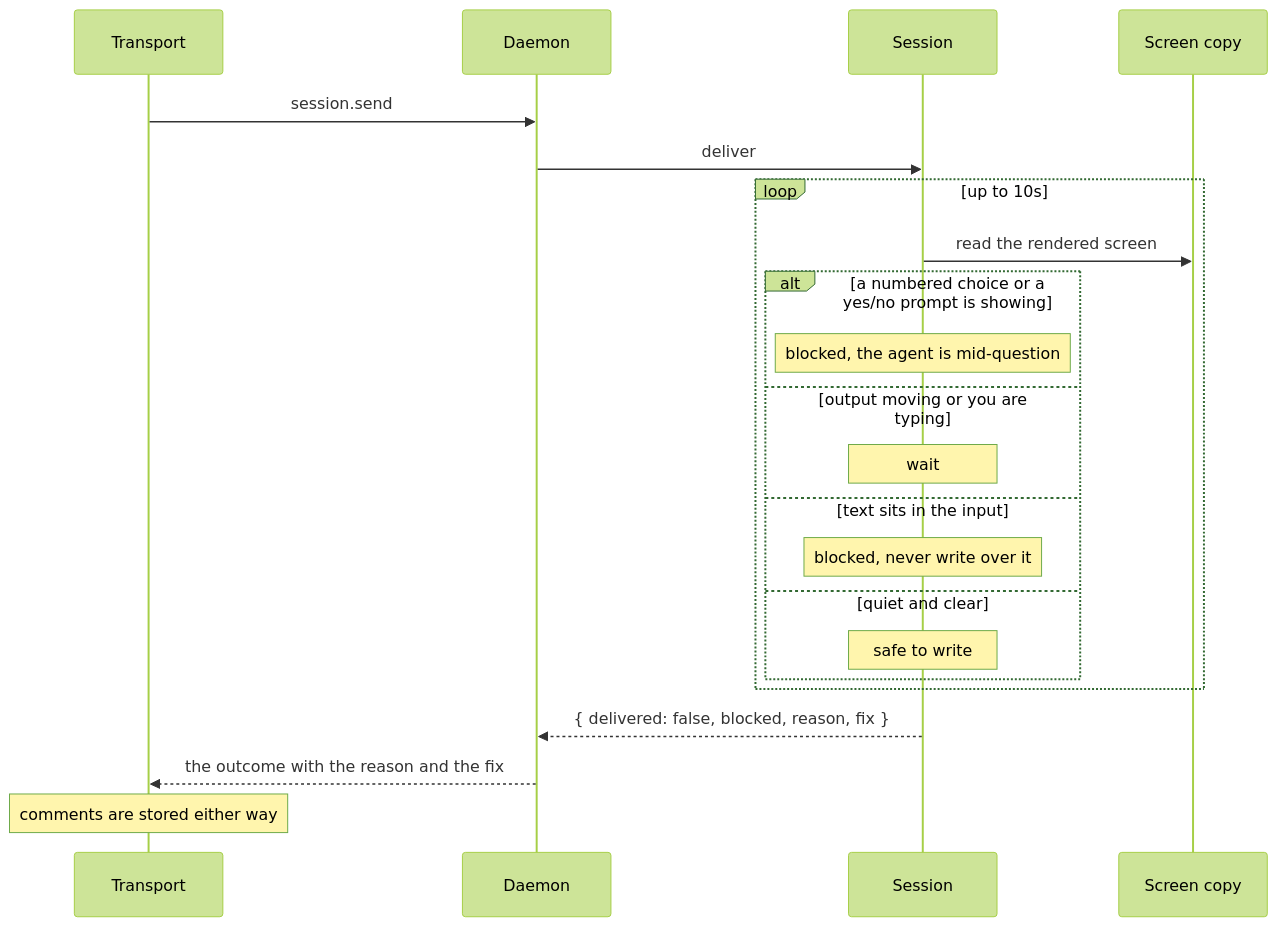
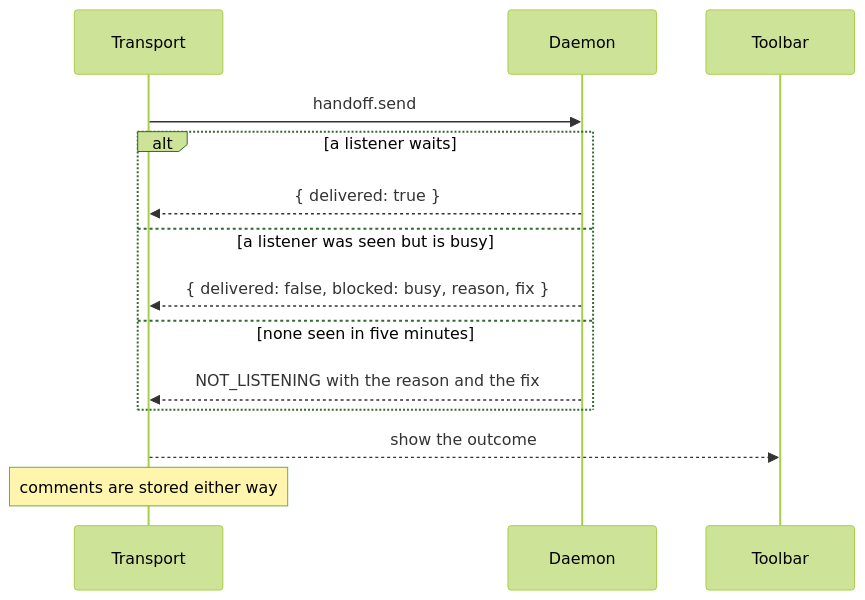
Before and after one commit to pallandir/northstar: the third of 4 diagrams in docs/flows.md, drawn with Mermaid (forest theme). The commit also changed other lines of this file and 31 other files, not shown here.

````diff
--- a/docs/flows.md
+++ b/docs/flows.md
@@ -89,25 +88,17 @@
 ```mermaid
 sequenceDiagram
     participant X as Transport
     participant D as Daemon
-    participant W as Session
-    participant P as Screen copy
+    participant T as Toolbar
 
-    X->>D: session.send
-    D->>W: deliver
-    loop up to 10s
-        W->>P: read the rendered screen
-        alt a numbered choice or a yes/no prompt is showing
-            Note over W: blocked, the agent is mid-question
-        else output moving or you are typing
-            Note over W: wait
-        else text sits in the input
-            Note over W: blocked, never write over it
-        else quiet and clear
-            Note over W: safe to write
-        end
+    X->>D: handoff.send
+    alt a listener waits
+        D-->>X: { delivered: true }
+    else a listener was seen but is busy
+        D-->>X: { delivered: false, blocked: busy, reason, fix }
+    else none seen in five minutes
+        D-->>X: NOT_LISTENING with the reason and the fix
     end
-    W-->>D: { delivered: false, blocked, reason, fix }
-    D-->>X: the outcome with the reason and the fix
+    X-->>T: show the outcome
     Note over X: comments are stored either way
 ```
````
